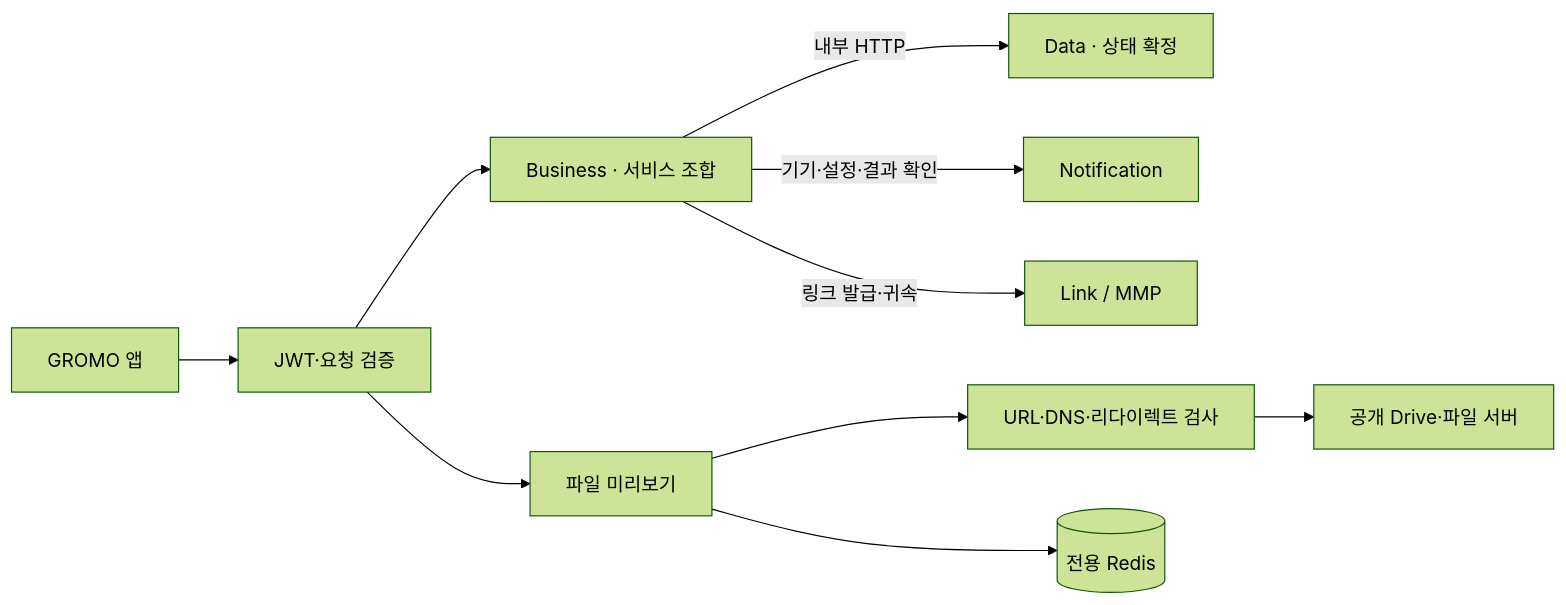
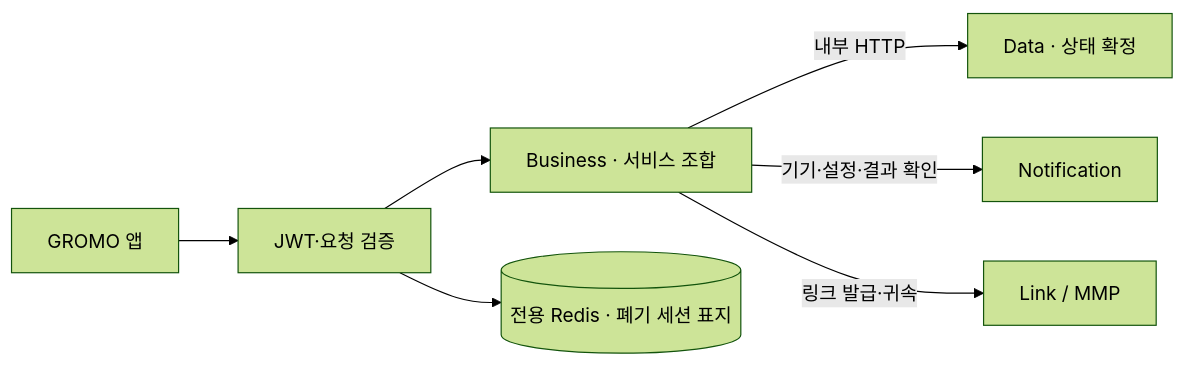
One commit to OneOrThree/phone changed the first of 8 diagrams in server/business-api/README.md. Above: the diagram before and after it, drawn with Mermaid (forest theme). The commit also changed other lines of this file and 93 other files, not shown here.

````diff
--- a/server/business-api/README.md
+++ b/server/business-api/README.md
@@ -22,12 +21,9 @@
 ```mermaid
 flowchart LR
   app["GROMO 앱"] --> boundary["JWT·요청 검증"]
   boundary --> compose["Business · 서비스 조합"]
   compose -->|"내부 HTTP"| data["Data · 상태 확정"]
   compose -->|"기기·설정·결과 확인"| notification["Notification"]
   compose -->|"링크 발급·귀속"| link["Link / MMP"]
-  boundary --> preview["파일 미리보기"]
-  preview --> guard["URL·DNS·리다이렉트 검사"]
-  guard --> source["공개 Drive·파일 서버"]
-  preview --> cache[("전용 Redis")]
+  boundary --> cache[("전용 Redis · 폐기 세션 표지")]
 ```
````
